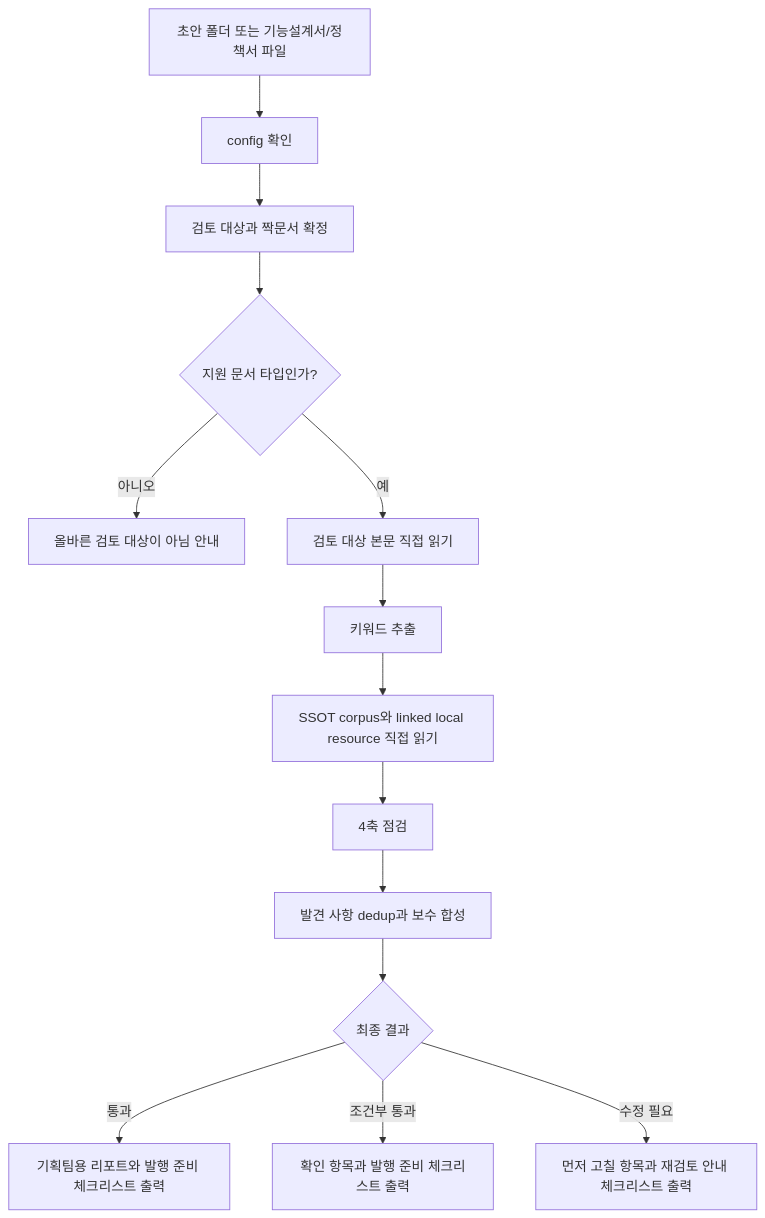
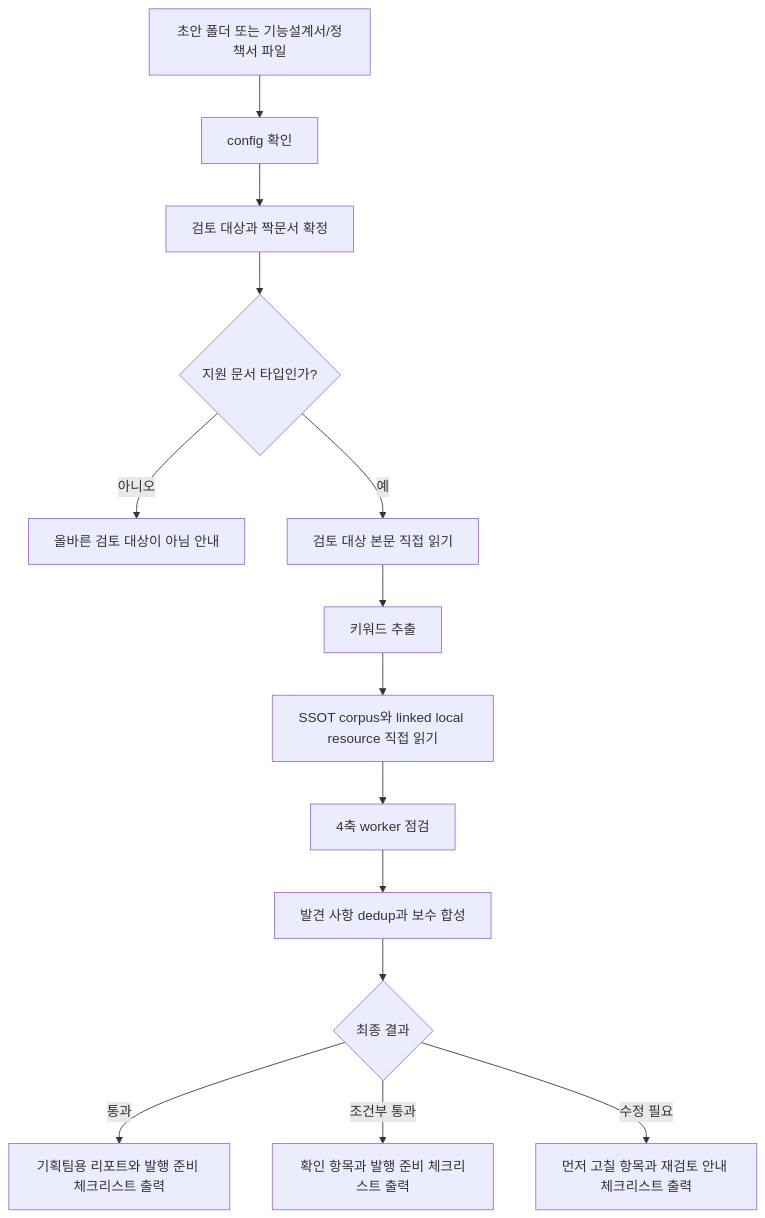
Before and after one commit to inkwonjung-colosseum/plugins: the fourth of 5 diagrams in product-team-kit/docs/skills-workflow.md, drawn with Mermaid. The commit also changed 14 other files, not shown here.

````diff
--- a/product-team-kit/docs/skills-workflow.md
+++ b/product-team-kit/docs/skills-workflow.md
@@ -161,16 +161,16 @@
 ```mermaid
 flowchart TD
     A[초안 폴더 또는 기능설계서/정책서 파일] --> B[config 확인]
     B --> C[검토 대상과 짝문서 확정]
     C --> D{지원 문서 타입인가?}
     D -- 아니오 --> E[올바른 검토 대상이 아님 안내]
     D -- 예 --> F[검토 대상 본문 직접 읽기]
     F --> G[키워드 추출]
     G --> H[SSOT corpus와 linked local resource 직접 읽기]
-    H --> I[4축 점검]
+    H --> I[4축 worker 점검]
     I --> J[발견 사항 dedup과 보수 합성]
     J --> K{최종 결과}
     K -- 통과 --> L[기획팀용 리포트와 발행 준비 체크리스트 출력]
     K -- 조건부 통과 --> M[확인 항목과 발행 준비 체크리스트 출력]
     K -- 수정 필요 --> N[먼저 고칠 항목과 재검토 안내 체크리스트 출력]
 ```
````
